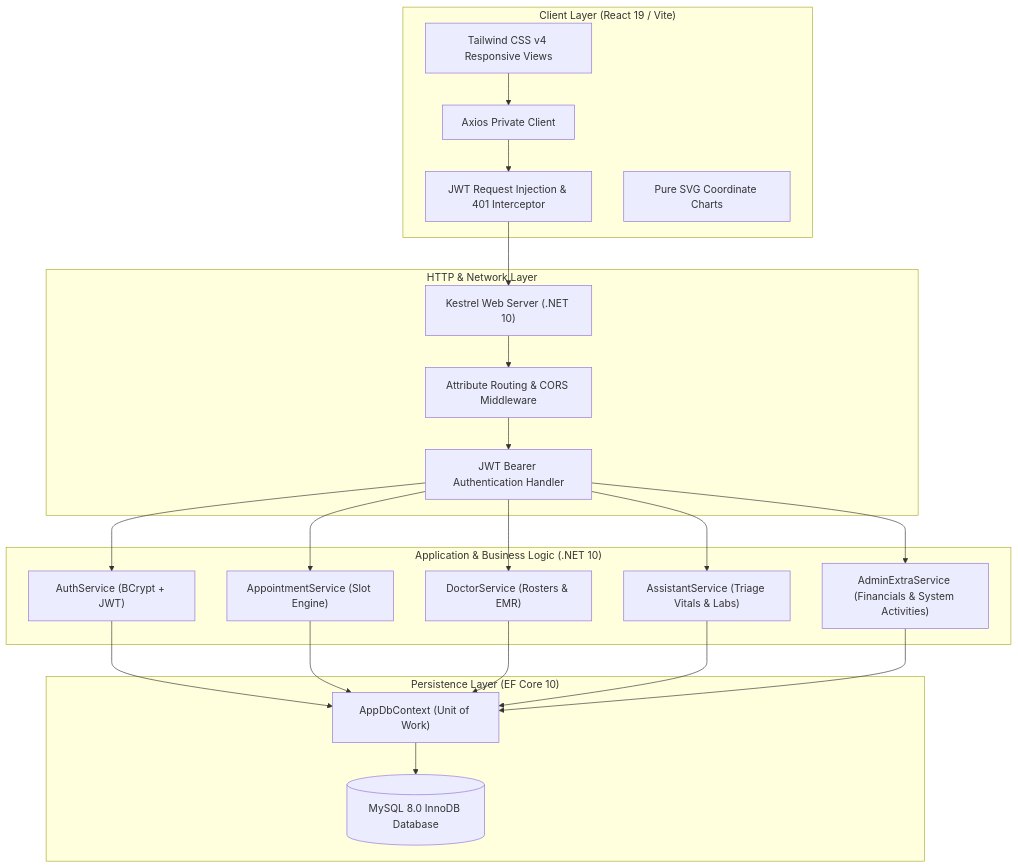
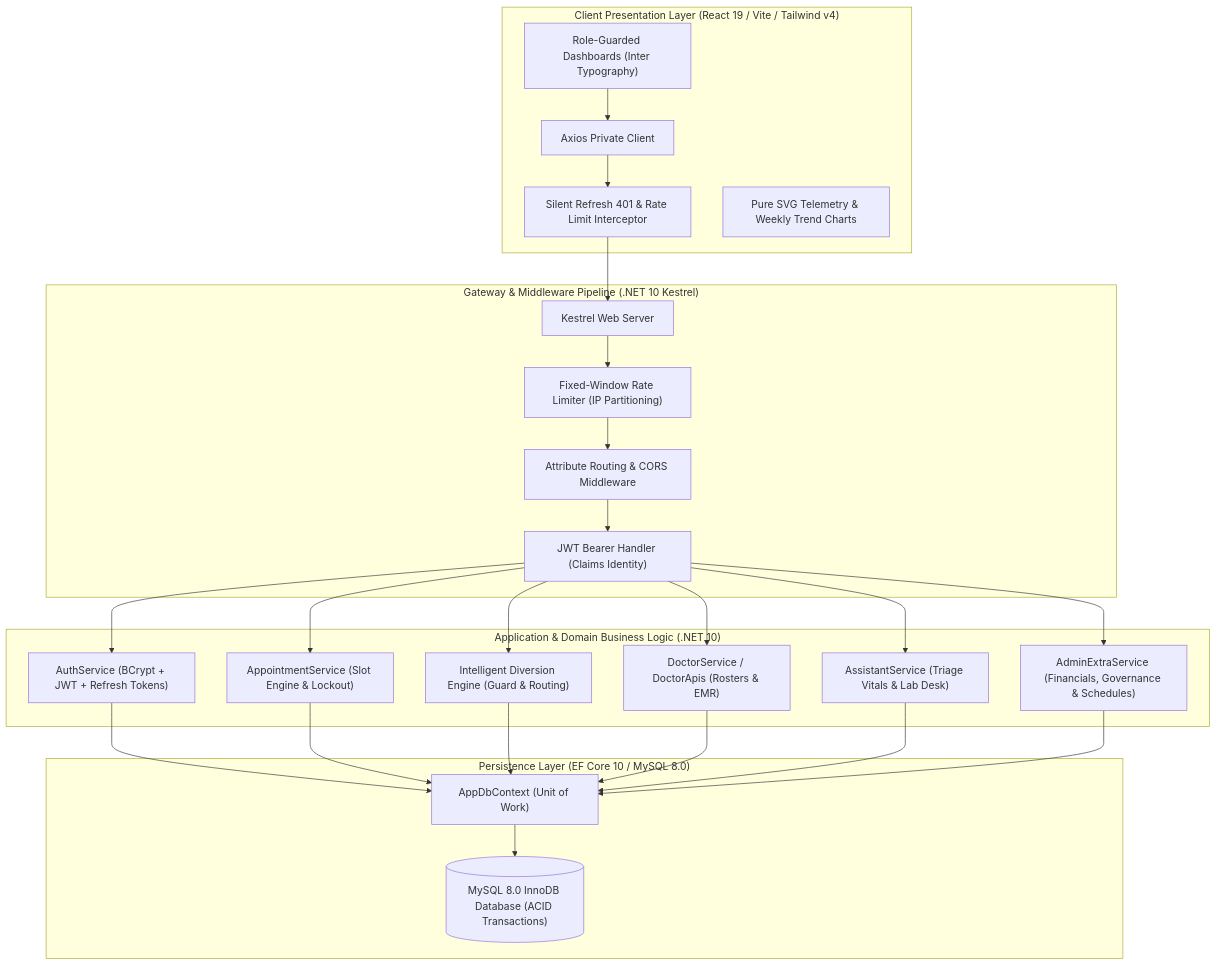
One commit to muhammadusman2228/CareFlow changed the first of 2 diagrams in README.md. Above: the diagram before and after it, drawn with Mermaid. The commit also changed other lines of this file, not shown here.

````diff
--- a/README.md
+++ b/README.md
@@ -45,45 +52,50 @@
 ```mermaid
 flowchart TD
-    subgraph Client ["Client Layer (React 19 / Vite)"]
-        UI["Tailwind CSS v4 Responsive Views"]
+    subgraph Client ["Client Presentation Layer (React 19 / Vite / Tailwind v4)"]
+        UI["Role-Guarded Dashboards (Inter Typography)"]
         AXIOS["Axios Private Client"]
-        INTERCEPTOR["JWT Request Injection & 401 Interceptor"]
-        SVG["Pure SVG Coordinate Charts"]
+        INTERCEPTOR["Silent Refresh 401 & Rate Limit Interceptor"]
+        SVG["Pure SVG Telemetry & Weekly Trend Charts"]
     end
 
-    subgraph Gateway ["HTTP & Network Layer"]
-        KESTREL["Kestrel Web Server (.NET 10)"]
+    subgraph Gateway ["Gateway & Middleware Pipeline (.NET 10 Kestrel)"]
+        KESTREL["Kestrel Web Server"]
+        RATE_LIMIT["Fixed-Window Rate Limiter (IP Partitioning)"]
         ROUTING["Attribute Routing & CORS Middleware"]
-        AUTH_MW["JWT Bearer Authentication Handler"]
+        AUTH_MW["JWT Bearer Handler (Claims Identity)"]
     end
 
-    subgraph Services ["Application & Business Logic (.NET 10)"]
-        AUTH_SVC["AuthService (BCrypt + JWT)"]
-        APPT_SVC["AppointmentService (Slot Engine)"]
-        DOC_SVC["DoctorService (Rosters & EMR)"]
-        ASST_SVC["AssistantService (Triage Vitals & Labs)"]
-        ADMIN_SVC["AdminExtraService (Financials & System Activities)"]
+    subgraph Services ["Application & Domain Business Logic (.NET 10)"]
+        AUTH_SVC["AuthService (BCrypt + JWT + Refresh Tokens)"]
+        APPT_SVC["AppointmentService (Slot Engine & Lockout)"]
+        DIVERT_ENG["Intelligent Diversion Engine (Guard & Routing)"]
+        DOC_SVC["DoctorService / DoctorApis (Rosters & EMR)"]
+        ASST_SVC["AssistantService (Triage Vitals & Lab Desk)"]
+        ADMIN_SVC["AdminExtraService (Financials, Governance & Schedules)"]
     end
 
-    subgraph Data ["Persistence Layer (EF Core 10)"]
+    subgraph Data ["Persistence Layer (EF Core 10 / MySQL 8.0)"]
         DBCONTEXT["AppDbContext (Unit of Work)"]
-        MYSQL[("MySQL 8.0 InnoDB Database")]
+        MYSQL[("MySQL 8.0 InnoDB Database (ACID Transactions)")]
     end
 
     UI --> AXIOS
     AXIOS --> INTERCEPTOR
     INTERCEPTOR --> KESTREL
-    KESTREL --> ROUTING
+    KESTREL --> RATE_LIMIT
+    RATE_LIMIT --> ROUTING
     ROUTING --> AUTH_MW
     AUTH_MW --> AUTH_SVC
     AUTH_MW --> APPT_SVC
+    AUTH_MW --> DIVERT_ENG
     AUTH_MW --> DOC_SVC
     AUTH_MW --> ASST_SVC
     AUTH_MW --> ADMIN_SVC
     AUTH_SVC --> DBCONTEXT
     APPT_SVC --> DBCONTEXT
+    DIVERT_ENG --> DBCONTEXT
     DOC_SVC --> DBCONTEXT
     ASST_SVC --> DBCONTEXT
     ADMIN_SVC --> DBCONTEXT
     DBCONTEXT --> MYSQL
 ```
````
